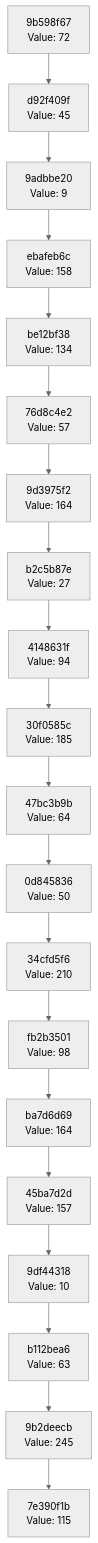
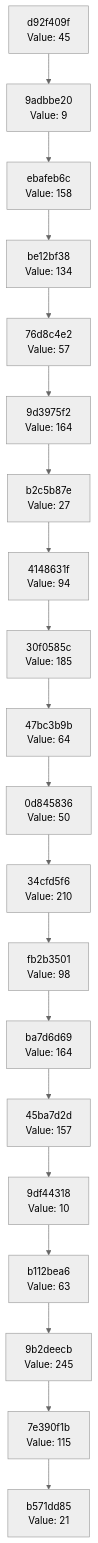
Before and after one commit to Abhisheksinha1506/hash-chain-evolver: the diagram in docs/CHAIN_VISUALIZATION.md, drawn with Mermaid (neutral theme). The commit also changed 3 other files, not shown here.

````diff
--- a/docs/CHAIN_VISUALIZATION.md
+++ b/docs/CHAIN_VISUALIZATION.md
@@ -3,42 +3,42 @@
 ```mermaid
 graph TD
-    C0["7e390f1b<br/>Value: 115"]
-    C1["9b2deecb<br/>Value: 245"]
+    C0["b571dd85<br/>Value: 21"]
+    C1["7e390f1b<br/>Value: 115"]
     C1 --> C0
-    C2["b112bea6<br/>Value: 63"]
+    C2["9b2deecb<br/>Value: 245"]
     C2 --> C1
-    C3["9df44318<br/>Value: 10"]
+    C3["b112bea6<br/>Value: 63"]
     C3 --> C2
-    C4["45ba7d2d<br/>Value: 157"]
+    C4["9df44318<br/>Value: 10"]
     C4 --> C3
-    C5["ba7d6d69<br/>Value: 164"]
+    C5["45ba7d2d<br/>Value: 157"]
     C5 --> C4
-    C6["fb2b3501<br/>Value: 98"]
+    C6["ba7d6d69<br/>Value: 164"]
     C6 --> C5
-    C7["34cfd5f6<br/>Value: 210"]
+    C7["fb2b3501<br/>Value: 98"]
     C7 --> C6
-    C8["0d845836<br/>Value: 50"]
+    C8["34cfd5f6<br/>Value: 210"]
     C8 --> C7
-    C9["47bc3b9b<br/>Value: 64"]
+    C9["0d845836<br/>Value: 50"]
     C9 --> C8
-    C10["30f0585c<br/>Value: 185"]
+    C10["47bc3b9b<br/>Value: 64"]
     C10 --> C9
-    C11["4148631f<br/>Value: 94"]
+    C11["30f0585c<br/>Value: 185"]
     C11 --> C10
-    C12["b2c5b87e<br/>Value: 27"]
+    C12["4148631f<br/>Value: 94"]
     C12 --> C11
-    C13["9d3975f2<br/>Value: 164"]
+    C13["b2c5b87e<br/>Value: 27"]
     C13 --> C12
-    C14["76d8c4e2<br/>Value: 57"]
+    C14["9d3975f2<br/>Value: 164"]
     C14 --> C13
-    C15["be12bf38<br/>Value: 134"]
+    C15["76d8c4e2<br/>Value: 57"]
     C15 --> C14
-    C16["ebafeb6c<br/>Value: 158"]
+    C16["be12bf38<br/>Value: 134"]
     C16 --> C15
-    C17["9adbbe20<br/>Value: 9"]
+    C17["ebafeb6c<br/>Value: 158"]
     C17 --> C16
-    C18["d92f409f<br/>Value: 45"]
+    C18["9adbbe20<br/>Value: 9"]
     C18 --> C17
-    C19["9b598f67<br/>Value: 72"]
+    C19["d92f409f<br/>Value: 45"]
     C19 --> C18
 ```
````
